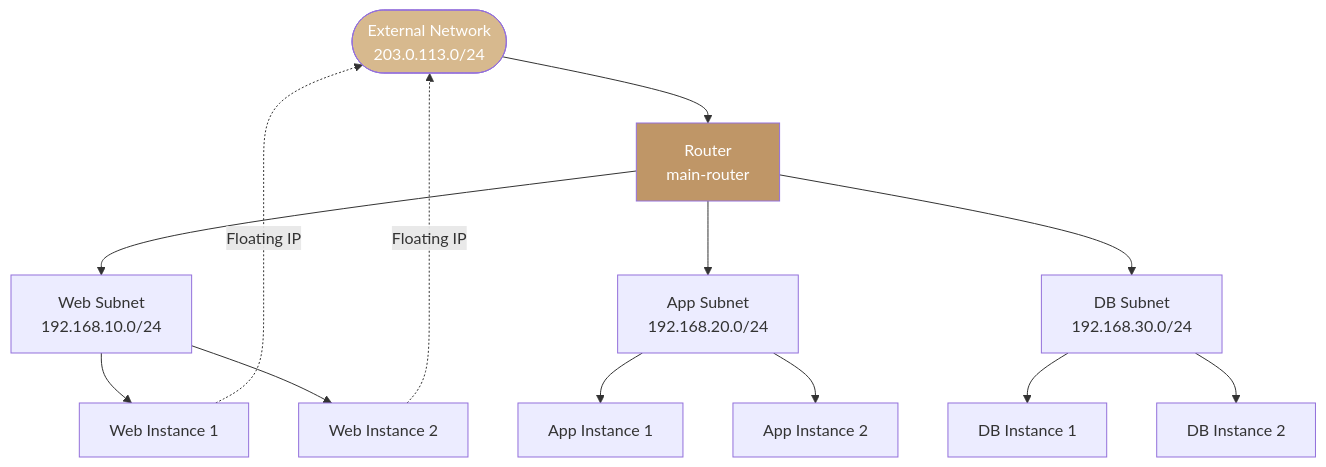
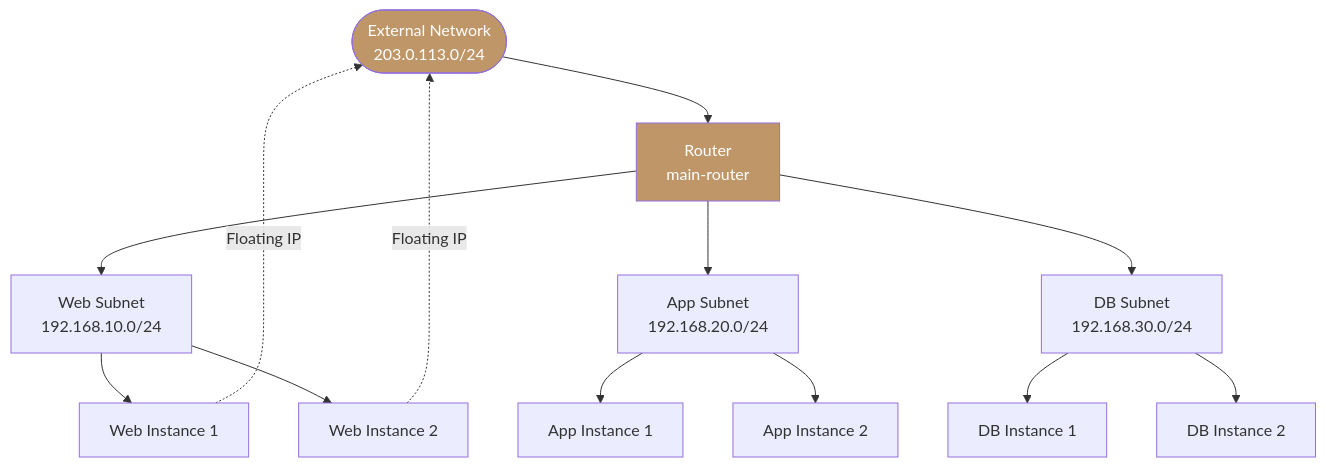
The first of 4 diagrams in services/networking/network-topology.mdx (ankur-kumar87/docs-polystack), drawn with Mermaid before and after one commit. The commit also changed other lines of this file and 186 other files, not shown here.

````diff
--- a/services/networking/network-topology.mdx
+++ b/services/networking/network-topology.mdx
@@ -28,17 +28,17 @@
 ```mermaid
 graph TD
     EXT([External Network<br/>203.0.113.0/24]) --> R[Router<br/>main-router]
     R --> WEB[Web Subnet<br/>192.168.10.0/24]
     R --> APP[App Subnet<br/>192.168.20.0/24]
     R --> DB[DB Subnet<br/>192.168.30.0/24]
     WEB --> W1[Web Instance 1]
     WEB --> W2[Web Instance 2]
     APP --> A1[App Instance 1]
     APP --> A2[App Instance 2]
     DB --> D1[DB Instance 1]
     DB --> D2[DB Instance 2]
     W1 -.->|Floating IP| EXT
     W2 -.->|Floating IP| EXT
     style R fill:#bf9667,color:#fff
-    style EXT fill:#d7b98e,color:#fff
+    style EXT fill:#bf9667,color:#fff
 ```
````
